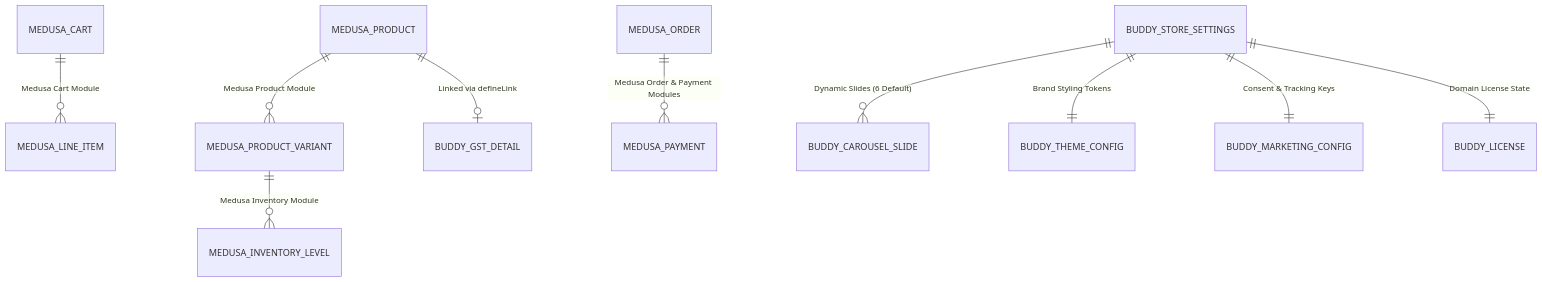
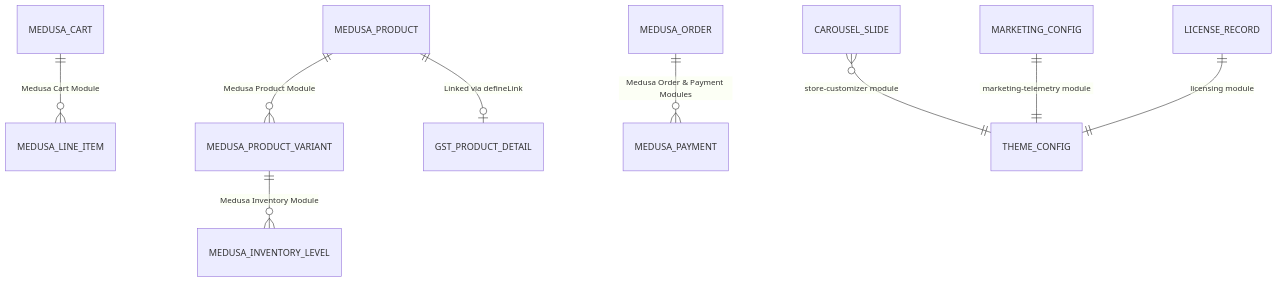
The diagram in docs/DATABASE_DESIGN.md (Ajuworks96/theecombuddy), drawn with Mermaid before and after one commit. The commit also changed other lines of this file and 6 other files, not shown here.

````diff
--- a/docs/DATABASE_DESIGN.md
+++ b/docs/DATABASE_DESIGN.md
@@ -17,13 +17,12 @@
 ```mermaid
 erDiagram
     MEDUSA_PRODUCT ||--o{ MEDUSA_PRODUCT_VARIANT : "Medusa Product Module"
     MEDUSA_PRODUCT_VARIANT ||--o{ MEDUSA_INVENTORY_LEVEL : "Medusa Inventory Module"
     MEDUSA_CART ||--o{ MEDUSA_LINE_ITEM : "Medusa Cart Module"
     MEDUSA_ORDER ||--o{ MEDUSA_PAYMENT : "Medusa Order & Payment Modules"
     
-    MEDUSA_PRODUCT ||--o| BUDDY_GST_DETAIL : "Linked via defineLink"
-    BUDDY_STORE_SETTINGS ||--o{ BUDDY_CAROUSEL_SLIDE : "Dynamic Slides (6 Default)"
-    BUDDY_STORE_SETTINGS ||--|| BUDDY_THEME_CONFIG : "Brand Styling Tokens"
-    BUDDY_STORE_SETTINGS ||--|| BUDDY_MARKETING_CONFIG : "Consent & Tracking Keys"
-    BUDDY_STORE_SETTINGS ||--|| BUDDY_LICENSE : "Domain License State"
+    MEDUSA_PRODUCT ||--o| GST_PRODUCT_DETAIL : "Linked via defineLink"
+    CAROUSEL_SLIDE }o--|| THEME_CONFIG : "store-customizer module"
+    MARKETING_CONFIG ||--|| THEME_CONFIG : "marketing-telemetry module"
+    LICENSE_RECORD ||--|| THEME_CONFIG : "licensing module"
 ```
````
